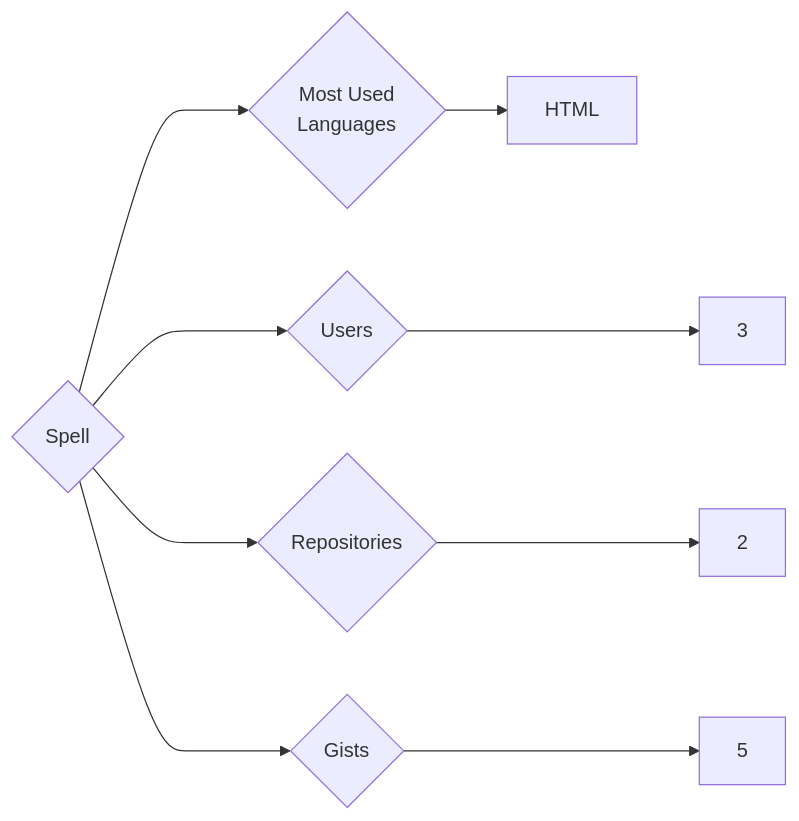
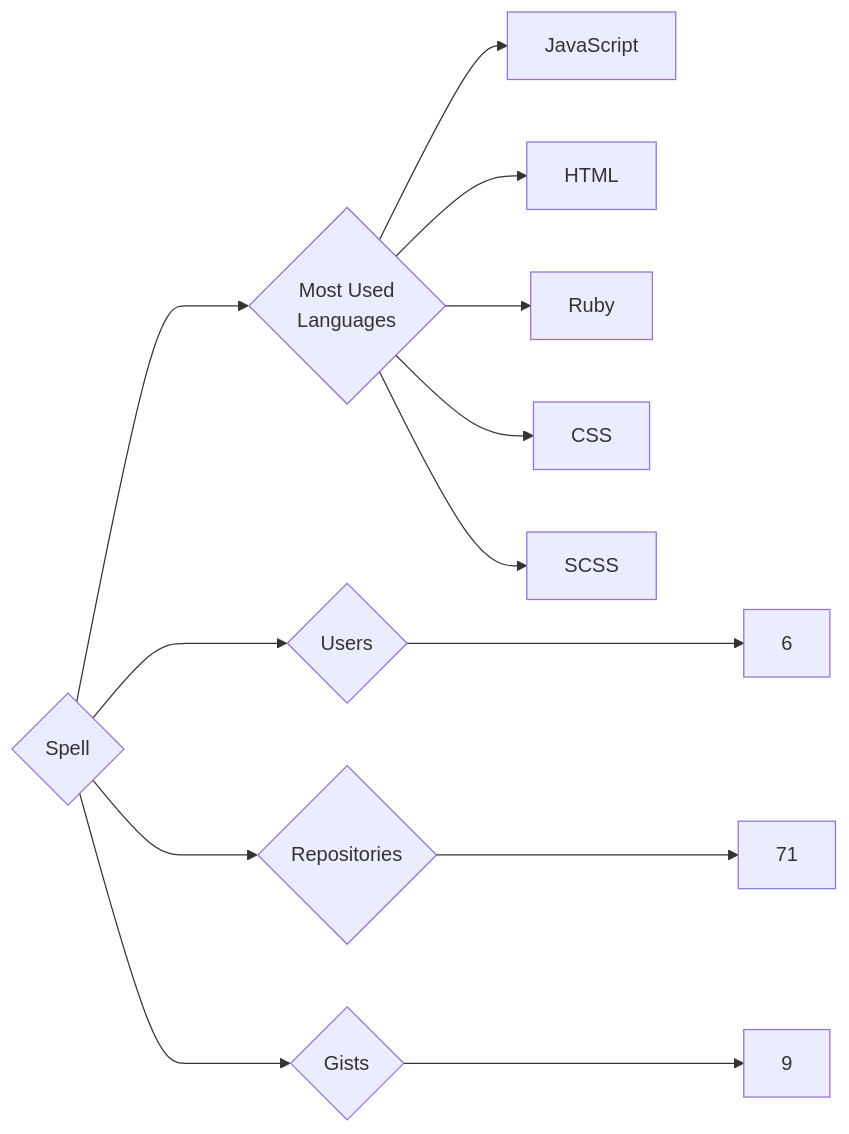
Before and after one commit to trickest/insiders: the diagram in targets/Spell/README.md, drawn with Mermaid. The commit also changed 860 other files, not shown here.

````diff
--- a/targets/Spell/README.md
+++ b/targets/Spell/README.md
@@ -3,9 +3,13 @@
 ```mermaid
 graph LR
 COMPANY_NAME{Spell}
-COMPANY_NAME ---> U{Users} ---> UN[3]
-COMPANY_NAME ---> R{Repositories} ---> RN[2]
-COMPANY_NAME ---> G{Gists} ---> GN[5]
+COMPANY_NAME ---> U{Users} ---> UN[6]
+COMPANY_NAME ---> R{Repositories} ---> RN[71]
+COMPANY_NAME ---> G{Gists} ---> GN[9]
 COMPANY_NAME ---> ML{Most Used<br>Languages}
+ML --> JavaScript[JavaScript]
 ML --> HTML[HTML]
+ML --> Ruby[Ruby]
+ML --> CSS[CSS]
+ML --> SCSS[SCSS]
 ```
````
